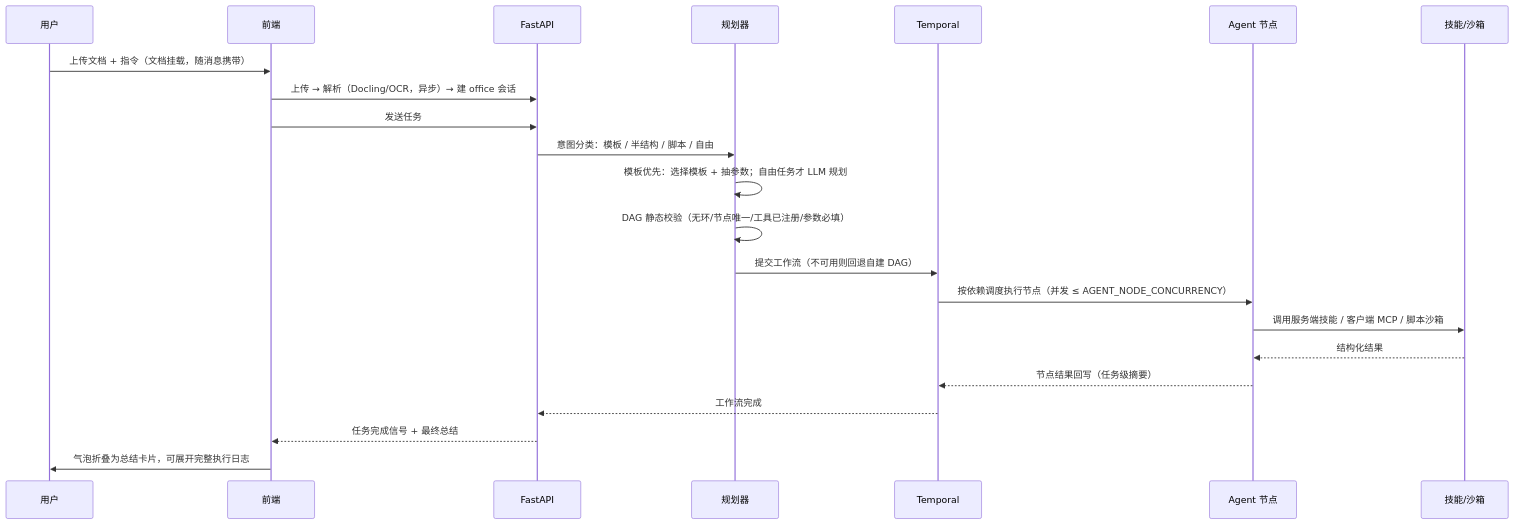
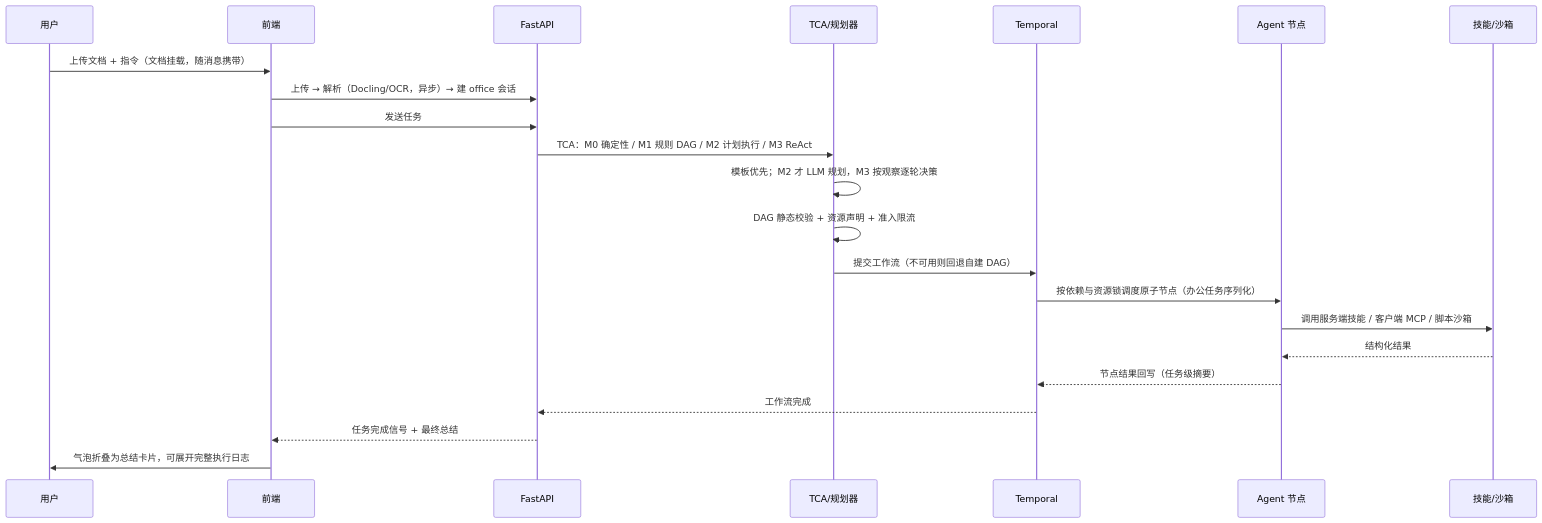
Before and after one commit to ZMJ-CODER/lumi_backend: the third of 4 diagrams in docs/SYSTEM_ARCHITECTURE.md, drawn with Mermaid. The commit also changed other lines of this file and 110 other files, not shown here.

````diff
--- a/docs/SYSTEM_ARCHITECTURE.md
+++ b/docs/SYSTEM_ARCHITECTURE.md
@@ -125,25 +125,25 @@
 ```mermaid
 sequenceDiagram
     participant U as 用户
     participant F as 前端
     participant B as FastAPI
-    participant P as 规划器
+    participant C as TCA/规划器
     participant T as Temporal
     participant A as Agent 节点
     participant S as 技能/沙箱
 
     U->>F: 上传文档 + 指令（文档挂载，随消息携带）
     F->>B: 上传 → 解析（Docling/OCR，异步）→ 建 office 会话
     F->>B: 发送任务
-    B->>P: 意图分类：模板 / 半结构 / 脚本 / 自由
-    P->>P: 模板优先：选择模板 + 抽参数；自由任务才 LLM 规划
-    P->>P: DAG 静态校验（无环/节点唯一/工具已注册/参数必填）
-    P->>T: 提交工作流（不可用则回退自建 DAG）
-    T->>A: 按依赖调度执行节点（并发 ≤ AGENT_NODE_CONCURRENCY）
+    B->>C: TCA：M0 确定性 / M1 规则 DAG / M2 计划执行 / M3 ReAct
+    C->>C: 模板优先；M2 才 LLM 规划，M3 按观察逐轮决策
+    C->>C: DAG 静态校验 + 资源声明 + 准入限流
+    C->>T: 提交工作流（不可用则回退自建 DAG）
+    T->>A: 按依赖与资源锁调度原子节点（办公任务序列化）
     A->>S: 调用服务端技能 / 客户端 MCP / 脚本沙箱
     S-->>A: 结构化结果
     A-->>T: 节点结果回写（任务级摘要）
     T-->>B: 工作流完成
     B-->>F: 任务完成信号 + 最终总结
     F->>U: 气泡折叠为总结卡片，可展开完整执行日志
 ```
````
